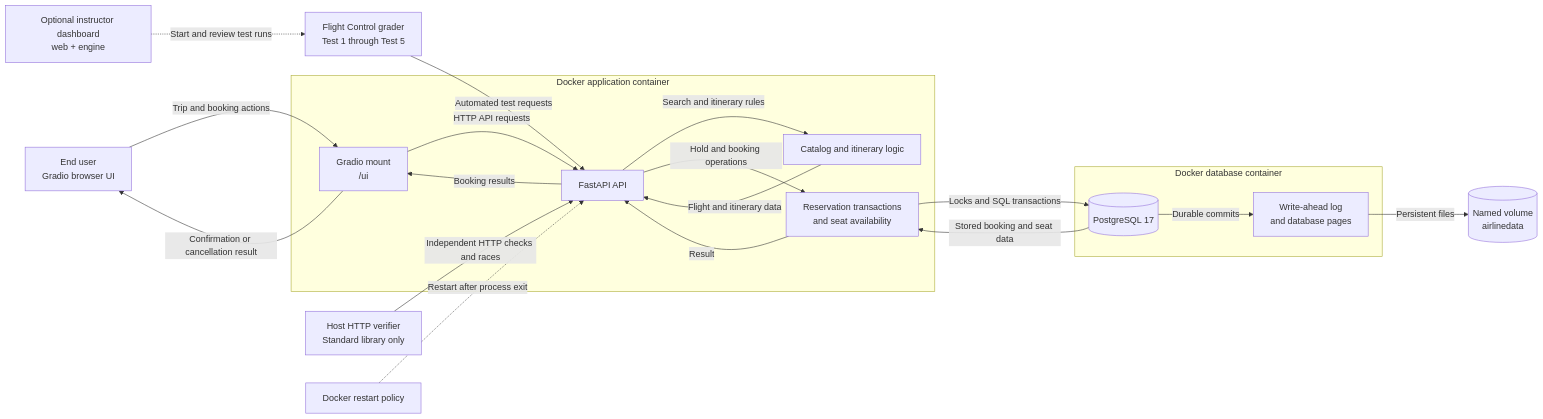
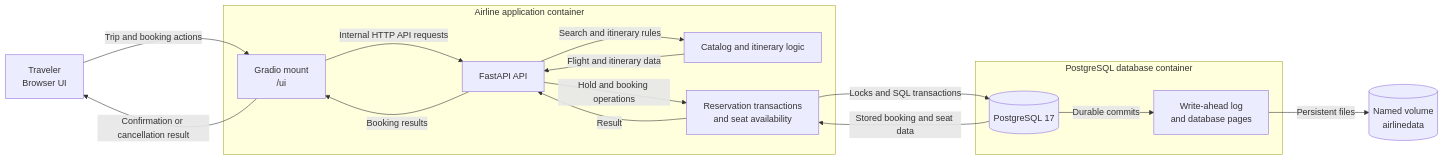
Before and after one commit to LPahlas/flight-control: the second of 3 diagrams in DATA_FLOW_DIAGRAM.md, drawn with Mermaid. The commit also changed other lines of this file, not shown here.

````diff
--- a/DATA_FLOW_DIAGRAM.md
+++ b/DATA_FLOW_DIAGRAM.md
@@ -152,41 +61,31 @@
 ```mermaid
 flowchart LR
-    traveler["End user<br/>Gradio browser UI"]
-    grader["Flight Control grader<br/>Test 1 through Test 5"]
-    verifier["Host HTTP verifier<br/>Standard library only"]
-    dashboard["Optional instructor dashboard<br/>web + engine"]
+    traveler["Traveler<br/>Browser UI"]
 
-    subgraph app["Docker application container"]
+    subgraph app["Airline application container"]
         gradio["Gradio mount<br/>/ui"]
         fastapi["FastAPI API"]
         catalog["Catalog and itinerary logic"]
         locking["Reservation transactions<br/>and seat availability"]
     end
 
-    subgraph dbcontainer["Docker database container"]
+    subgraph dbcontainer["PostgreSQL database container"]
         postgres[("PostgreSQL 17")]
         wal["Write-ahead log<br/>and database pages"]
     end
 
     volume[("Named volume<br/>airlinedata")]
-    restart["Docker restart policy"]
 
     traveler -->|"Trip and booking actions"| gradio
-    gradio -->|"HTTP API requests"| fastapi
+    gradio -->|"Internal HTTP API requests"| fastapi
     fastapi -->|"Booking results"| gradio
     gradio -->|"Confirmation or cancellation result"| traveler
-
-    grader -->|"Automated test requests"| fastapi
-    verifier -->|"Independent HTTP checks and races"| fastapi
-    dashboard -.->|"Start and review test runs"| grader
-
     fastapi -->|"Search and itinerary rules"| catalog
     catalog -->|"Flight and itinerary data"| fastapi
     fastapi -->|"Hold and booking operations"| locking
     locking -->|"Locks and SQL transactions"| postgres
     postgres -->|"Stored booking and seat data"| locking
     locking -->|"Result"| fastapi
     postgres -->|"Durable commits"| wal
     wal -->|"Persistent files"| volume
-    restart -.->|"Restart after process exit"| fastapi
 ```
````
